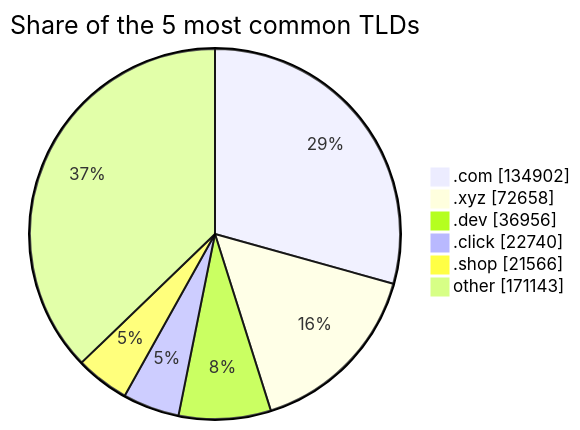
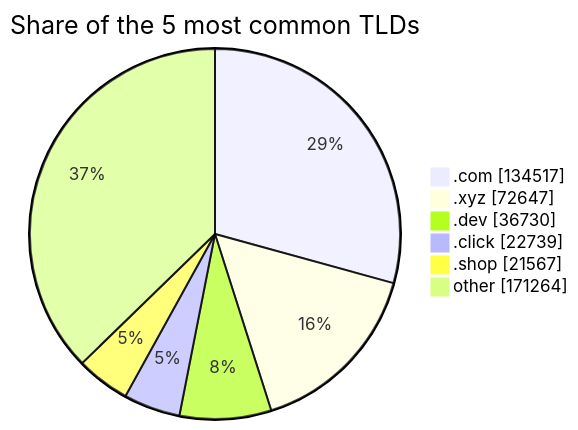
The third of 3 diagrams in README.md (DNSBunker/CTI), drawn with Mermaid before and after one commit. The commit also changed other lines of this file and 3 other files, not shown here.

````diff
--- a/README.md
+++ b/README.md
@@ -81,9 +81,9 @@
 ```mermaid
 pie showData title Share of the 5 most common TLDs
-    ".com" : 134902
-    ".xyz" : 72658
-    ".dev" : 36956
-    ".click" : 22740
-    ".shop" : 21566
-    "other" : 171143
+    ".com" : 134517
+    ".xyz" : 72647
+    ".dev" : 36730
+    ".click" : 22739
+    ".shop" : 21567
+    "other" : 171264
 ```
````
